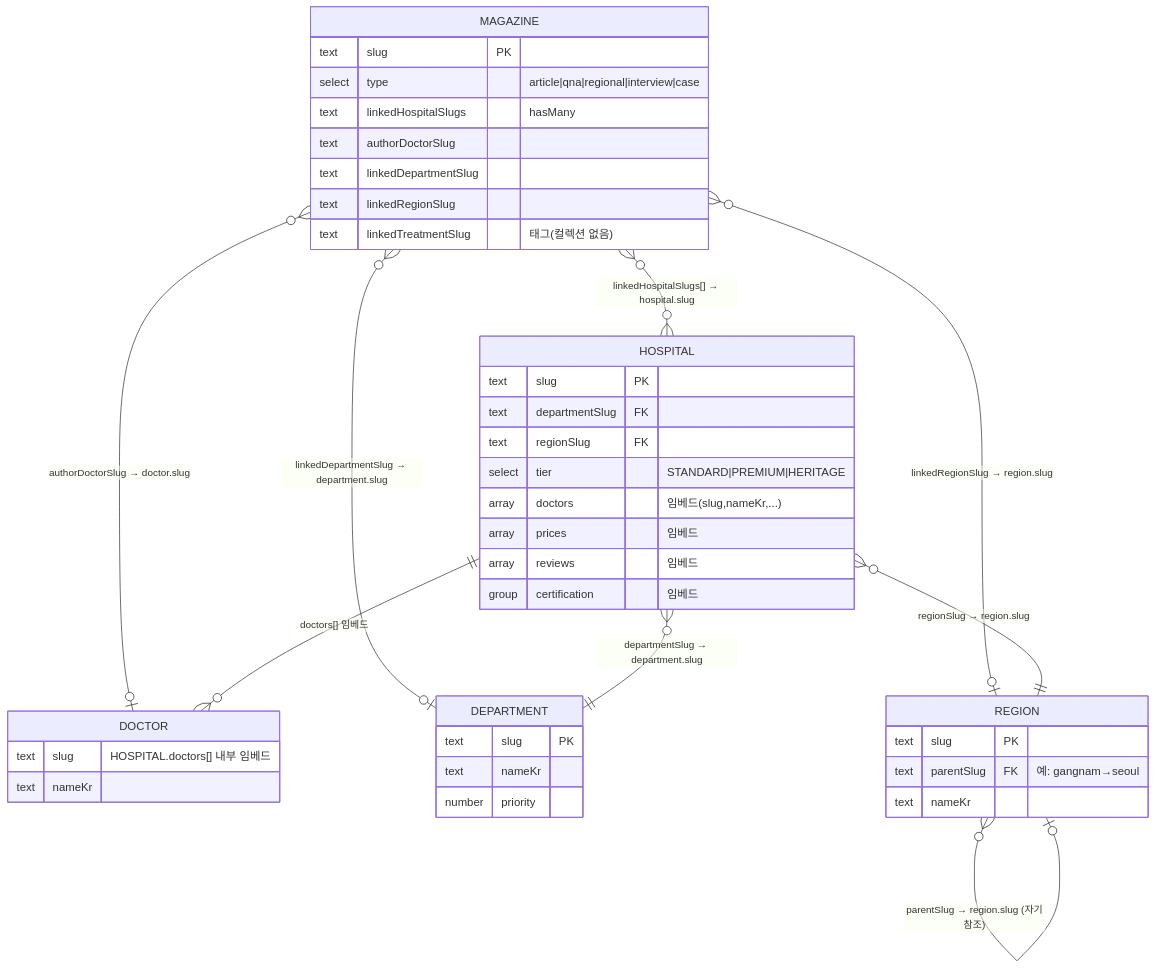
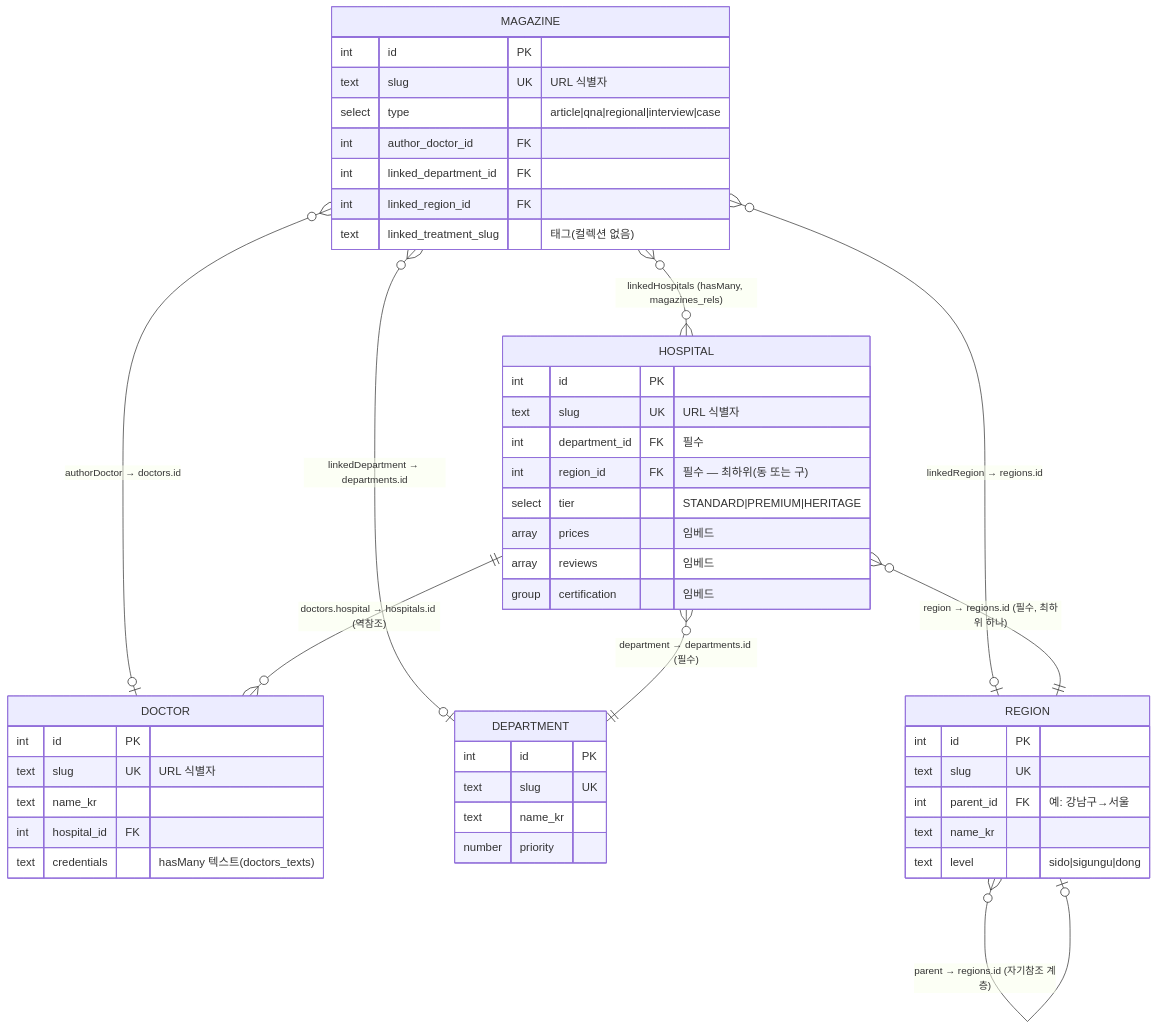
One commit to upsecret/medirok changed the diagram in docs/cms-relationships.md. Above: the diagram before and after it, drawn with Mermaid. The commit also changed other lines of this file and 8 other files, not shown here.

````diff
--- a/docs/cms-relationships.md
+++ b/docs/cms-relationships.md
@@ -12,45 +17,51 @@
 ```mermaid
 erDiagram
-    MAGAZINE }o--o{ HOSPITAL   : "linkedHospitalSlugs[] → hospital.slug"
-    MAGAZINE }o--o| DOCTOR     : "authorDoctorSlug → doctor.slug"
-    MAGAZINE }o--o| DEPARTMENT : "linkedDepartmentSlug → department.slug"
-    MAGAZINE }o--o| REGION     : "linkedRegionSlug → region.slug"
-    HOSPITAL ||--o{ DOCTOR     : "doctors[] 임베드"
-    HOSPITAL }o--|| DEPARTMENT : "departmentSlug → department.slug"
-    HOSPITAL }o--|| REGION     : "regionSlug → region.slug"
-    REGION   }o--o| REGION     : "parentSlug → region.slug (자기참조)"
+    MAGAZINE }o--o{ HOSPITAL   : "linkedHospitals (hasMany, magazines_rels)"
+    MAGAZINE }o--o| DOCTOR     : "authorDoctor → doctors.id"
+    MAGAZINE }o--o| DEPARTMENT : "linkedDepartment → departments.id"
+    MAGAZINE }o--o| REGION     : "linkedRegion → regions.id"
+    HOSPITAL ||--o{ DOCTOR     : "doctors.hospital → hospitals.id (역참조)"
+    HOSPITAL }o--|| DEPARTMENT : "department → departments.id (필수)"
+    HOSPITAL }o--|| REGION     : "region → regions.id (필수, 최하위 하나)"
+    REGION   }o--o| REGION     : "parent → regions.id (자기참조 계층)"
 
     MAGAZINE {
-        text   slug PK
+        int    id PK
+        text   slug UK "URL 식별자"
         select type "article|qna|regional|interview|case"
-        text   linkedHospitalSlugs "hasMany"
-        text   authorDoctorSlug
-        text   linkedDepartmentSlug
-        text   linkedRegionSlug
-        text   linkedTreatmentSlug "태그(컬렉션 없음)"
+        int    author_doctor_id FK
+        int    linked_department_id FK
+        int    linked_region_id FK
+        text   linked_treatment_slug "태그(컬렉션 없음)"
     }
     HOSPITAL {
-        text   slug PK
-        text   departmentSlug FK
-        text   regionSlug FK
+        int    id PK
+        text   slug UK "URL 식별자"
+        int    department_id FK "필수"
+        int    region_id FK "필수 — 최하위(동 또는 구)"
         select tier "STANDARD|PREMIUM|HERITAGE"
-        array  doctors "임베드(slug,nameKr,...)"
         array  prices "임베드"
         array  reviews "임베드"
         group  certification "임베드"
     }
     DEPARTMENT {
-        text   slug PK
-        text   nameKr
+        int    id PK
+        text   slug UK
+        text   name_kr
         number priority
     }
     REGION {
-        text   slug PK
-        text   parentSlug FK "예: gangnam→seoul"
-        text   nameKr
+        int    id PK
+        text   slug UK
+        int    parent_id FK "예: 강남구→서울"
+        text   name_kr
+        text   level "sido|sigungu|dong"
     }
     DOCTOR {
-        text   slug "HOSPITAL.doctors[] 내부 임베드"
-        text   nameKr
+        int    id PK
+        text   slug UK "URL 식별자"
+        text   name_kr
+        int    hospital_id FK
+        text   credentials "hasMany 텍스트(doctors_texts)"
     }
 ```
````
